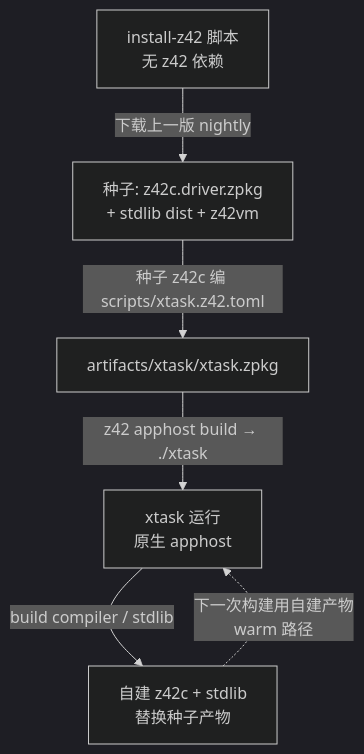
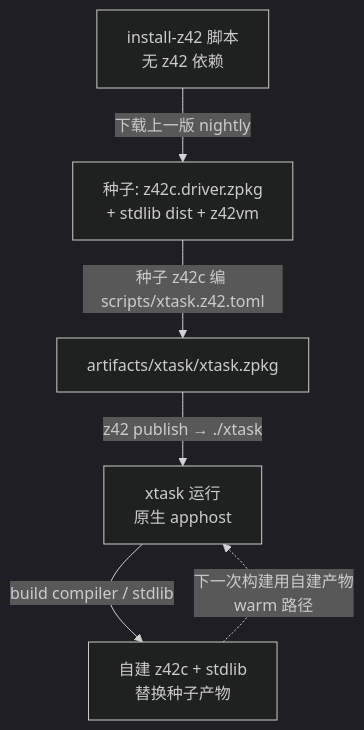
The first of 2 diagrams in docs/book/src/dev/xtask.md (z42-lang/z42), drawn with Mermaid (dark theme) before and after one commit. The commit also changed 1 other file, not shown here.

Commit message:
docs(book): xtask 调用统一为 ./xtask 原生 apphost 直跑
book / scripts README 与 code-organization 示例改用 xtask <cmd> 直跑形态（原
z42 xtask.zpkg <cmd>）；构建命令一并从已删除的 z42 apphost build 改为 z42 publish。

````diff
--- a/docs/book/src/dev/xtask.md
+++ b/docs/book/src/dev/xtask.md
@@ -32,8 +32,8 @@
 ```mermaid
 graph TD
     A[install-z42 脚本<br/>无 z42 依赖] -->|下载上一版 nightly| B[种子: z42c.driver.zpkg<br/>+ stdlib dist + z42vm]
     B -->|种子 z42c 编 scripts/xtask.z42.toml| C[artifacts/xtask/xtask.zpkg]
-    C -->|z42 apphost build → ./xtask| D[xtask 运行<br/>原生 apphost]
+    C -->|z42 publish → ./xtask| D[xtask 运行<br/>原生 apphost]
     D -->|build compiler / stdlib| E[自建 z42c + stdlib<br/>替换种子产物]
     E -.->|下一次构建用自建产物<br/>warm 路径| D
 ```
````
